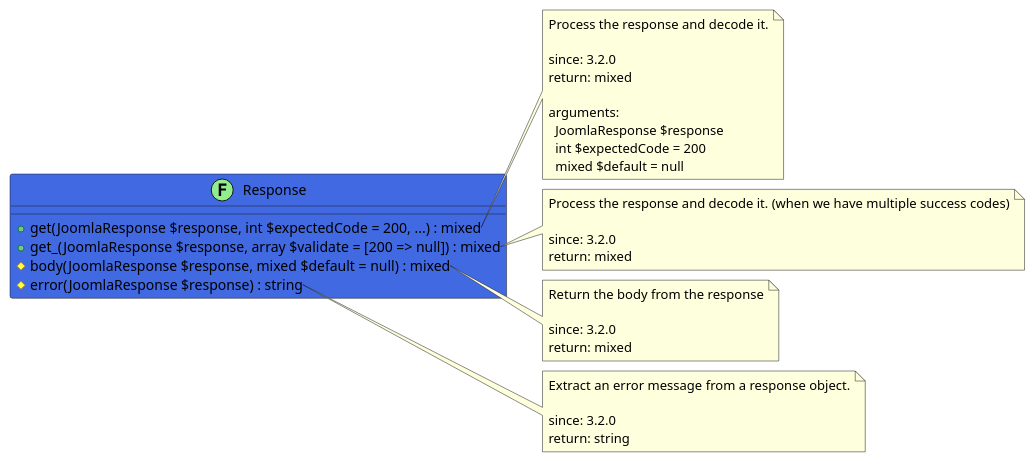
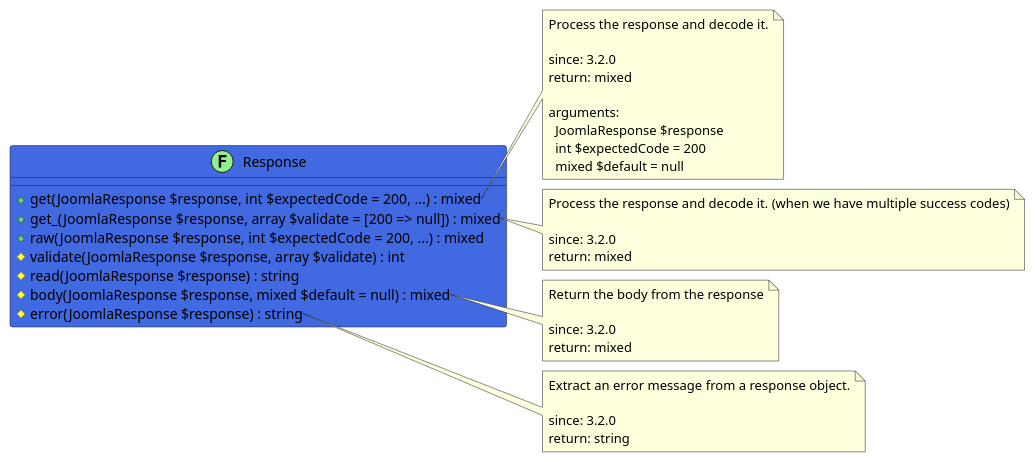
Before and after one commit to joomengine/gitea: the diagram in src/19eb68d7-1e19-4d14-a0ef-70d719c45e80/README.md, drawn with PlantUML. The commit also changed other lines of this file and 370 other files, not shown here.

````diff
--- a/src/19eb68d7-1e19-4d14-a0ef-70d719c45e80/README.md
+++ b/src/19eb68d7-1e19-4d14-a0ef-70d719c45e80/README.md
@@ -5,45 +5,48 @@
 ```uml
 @startuml
 
 class Response << (F,LightGreen) >> #RoyalBlue {
   + get(JoomlaResponse $response, int $expectedCode = 200, ...) : mixed
   + get_(JoomlaResponse $response, array $validate = [200 => null]) : mixed
+  + raw(JoomlaResponse $response, int $expectedCode = 200, ...) : mixed
+  # validate(JoomlaResponse $response, array $validate) : int
+  # read(JoomlaResponse $response) : string
   # body(JoomlaResponse $response, mixed $default = null) : mixed
   # error(JoomlaResponse $response) : string
 }
 
 note right of Response::get
   Process the response and decode it.
 
   since: 3.2.0
   return: mixed
   
   arguments:
     JoomlaResponse $response
     int $expectedCode = 200
     mixed $default = null
 end note
 
 note right of Response::get_
   Process the response and decode it. (when we have multiple success codes)
 
   since: 3.2.0
   return: mixed
 end note
 
 note right of Response::body
   Return the body from the response
 
   since: 3.2.0
   return: mixed
 end note
 
 note right of Response::error
   Extract an error message from a response object.
 
   since: 3.2.0
   return: string
 end note
 
 @enduml
 ```
````
